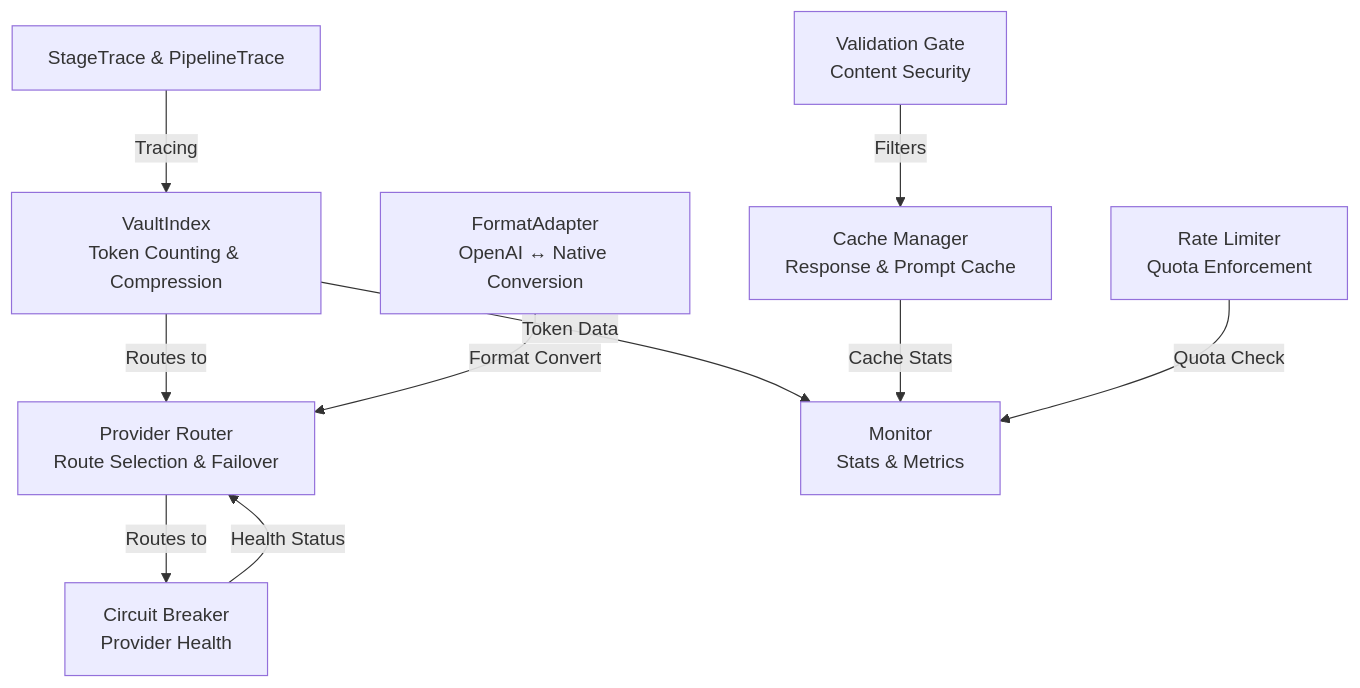
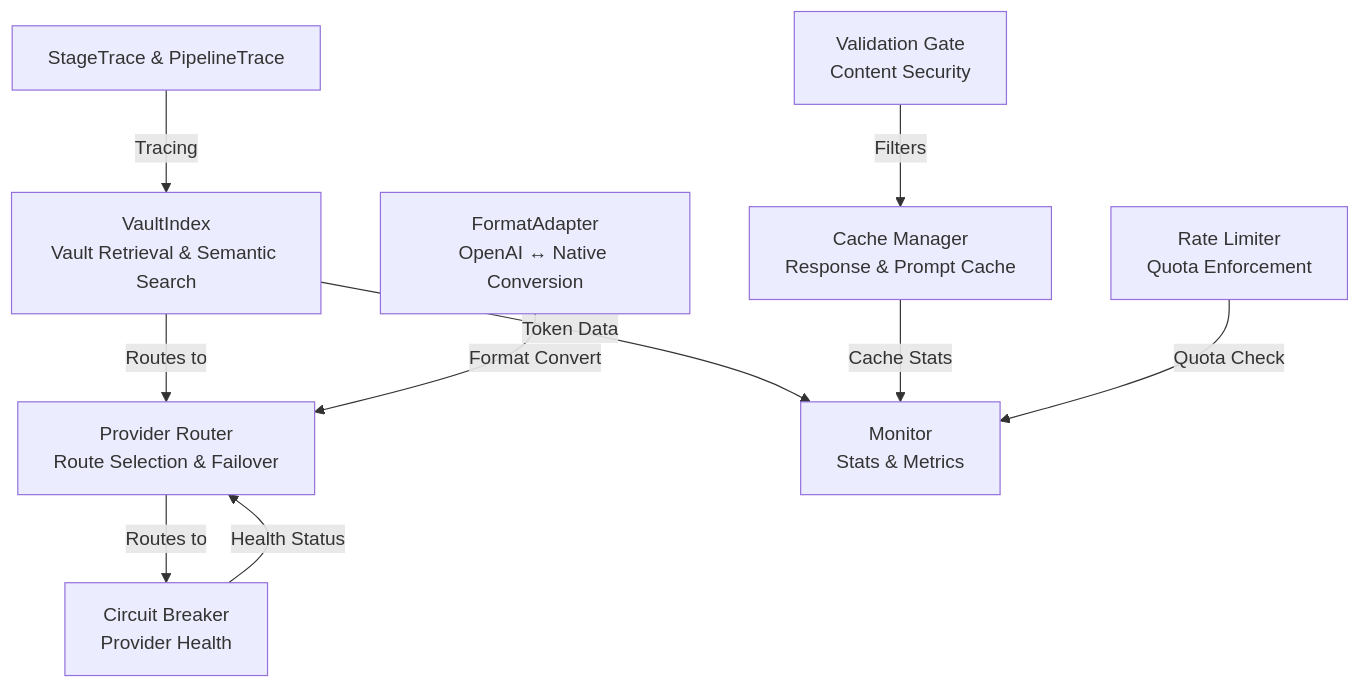
Before and after one commit to tokenpak/docs: the third of 3 diagrams in docs/architecture.md, drawn with Mermaid. The commit also changed other lines of this file and 48 other files, not shown here.

````diff
--- a/docs/architecture.md
+++ b/docs/architecture.md
@@ -172,22 +172,22 @@
 ```mermaid
 graph TD
     A["StageTrace & PipelineTrace"]
-    B["VaultIndex<br/>Token Counting & Compression"]
+    B["VaultIndex<br/>Vault Retrieval & Semantic Search"]
     C["Provider Router<br/>Route Selection & Failover"]
     D["Validation Gate<br/>Content Security"]
     E["Cache Manager<br/>Response & Prompt Cache"]
     F["Rate Limiter<br/>Quota Enforcement"]
     G["Monitor<br/>Stats & Metrics"]
     H["FormatAdapter<br/>OpenAI ↔ Native Conversion"]
     I["Circuit Breaker<br/>Provider Health"]
 
     A -->|Tracing| B
     B -->|Token Data| G
     B -->|Routes to| C
     C -->|Routes to| I
     D -->|Filters| E
     E -->|Cache Stats| G
     F -->|Quota Check| G
     H -->|Format Convert| C
     I -->|Health Status| C
 ```
````
